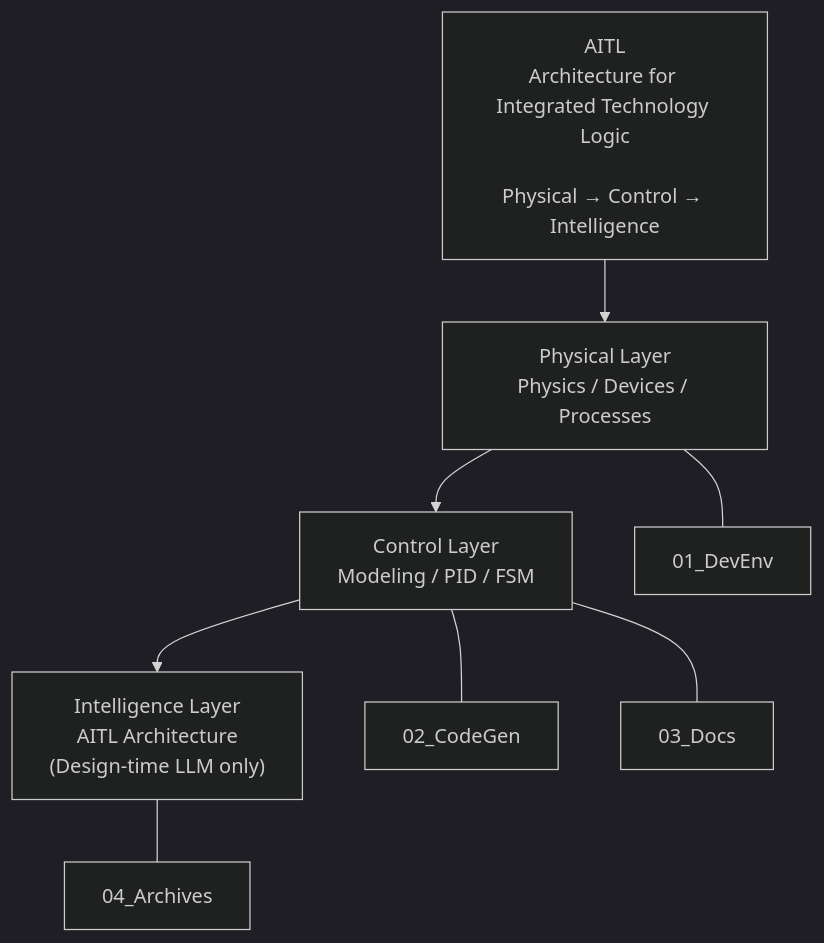
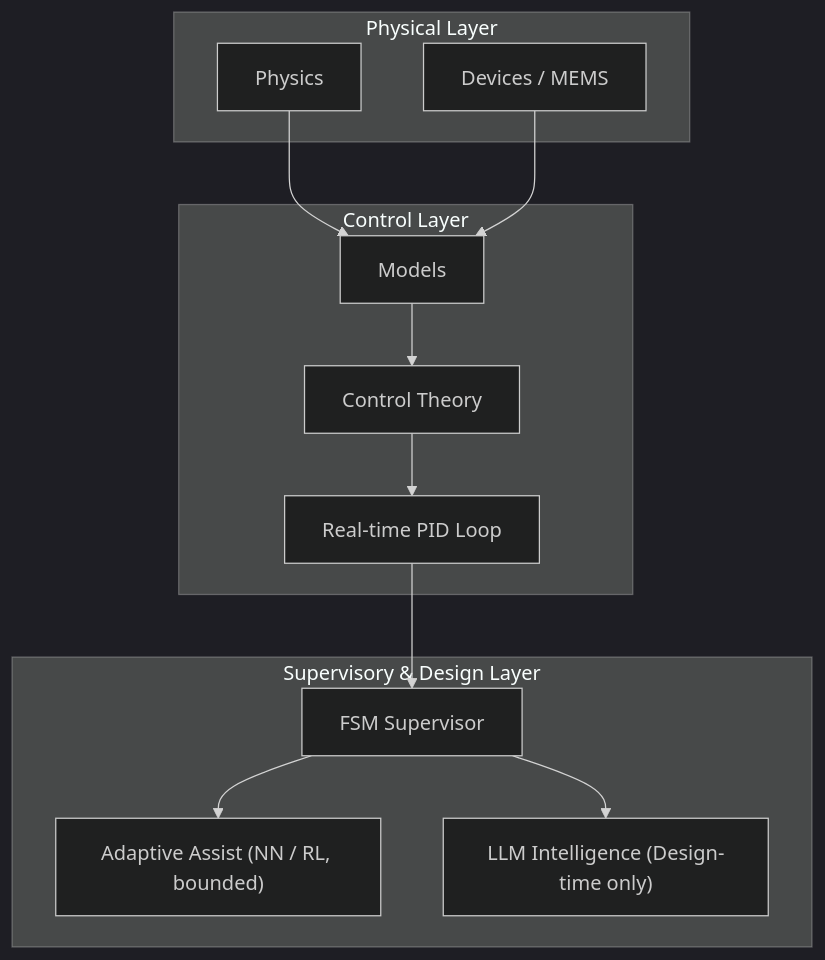
Before and after one commit to Samizo-AITL/Samizo-AITL.github.io: the first of 2 diagrams in portal/index.md, drawn with Mermaid (dark theme).

````diff
--- a/portal/index.md
+++ b/portal/index.md
@@ -60,24 +60,26 @@
 ```mermaid
 flowchart TB
-    %% ===== Title =====
-    T["AITL<br/>Architecture for Integrated Technology Logic<br/><br/>Physical → Control → Intelligence"]
+  %% ===== Physical Layer =====
+  subgraph Physical["Physical Layer"]
+    P1["Physics"]
+    P2["Devices / MEMS"]
+  end
 
-    %% ===== Layers =====
-    P["Physical Layer<br/>Physics / Devices / Processes"]
-    C["Control Layer<br/>Modeling / PID / FSM"]
-    I["Intelligence Layer<br/>AITL Architecture<br/>(Design-time LLM only)"]
+  %% ===== Control Layer =====
+  subgraph Control["Control Layer"]
+    M["Models"]
+    C["Control Theory"]
+    R["Real-time PID Loop"]
+  end
 
-    %% ===== Flow =====
-    T --> P --> C --> I
+  %% ===== Supervisory & Design Layer =====
+  subgraph Supervisory["Supervisory & Design Layer"]
+    S["FSM Supervisor"]
+    A["Adaptive Assist (NN / RL, bounded)"]
+    I["LLM Intelligence (Design-time only)"]
+  end
 
-    %% ===== Portal Entries =====
-    D1["01_DevEnv"]
-    D2["02_CodeGen"]
-    D3["03_Docs"]
-    D4["04_Archives"]
-
-    P --- D1
-    C --- D2
-    C --- D3
-    I --- D4
+  %% ===== Flow =====
+  P1 & P2 --> M --> C --> R --> S --> A
+  S --> I
 ```
````
